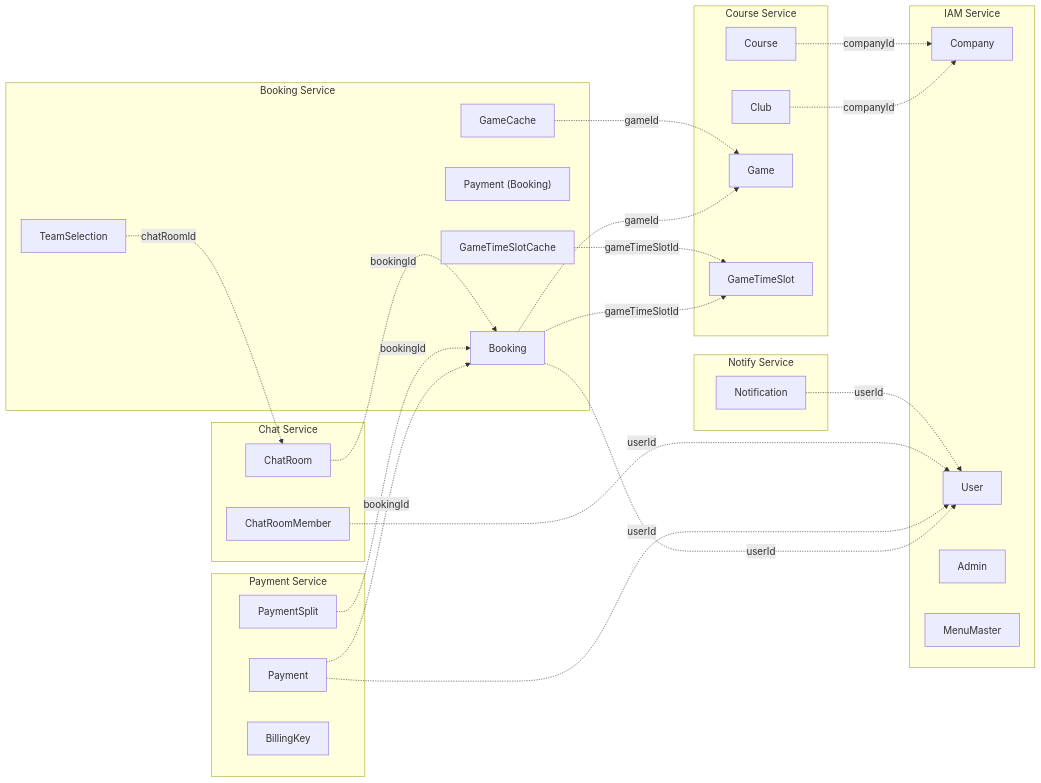
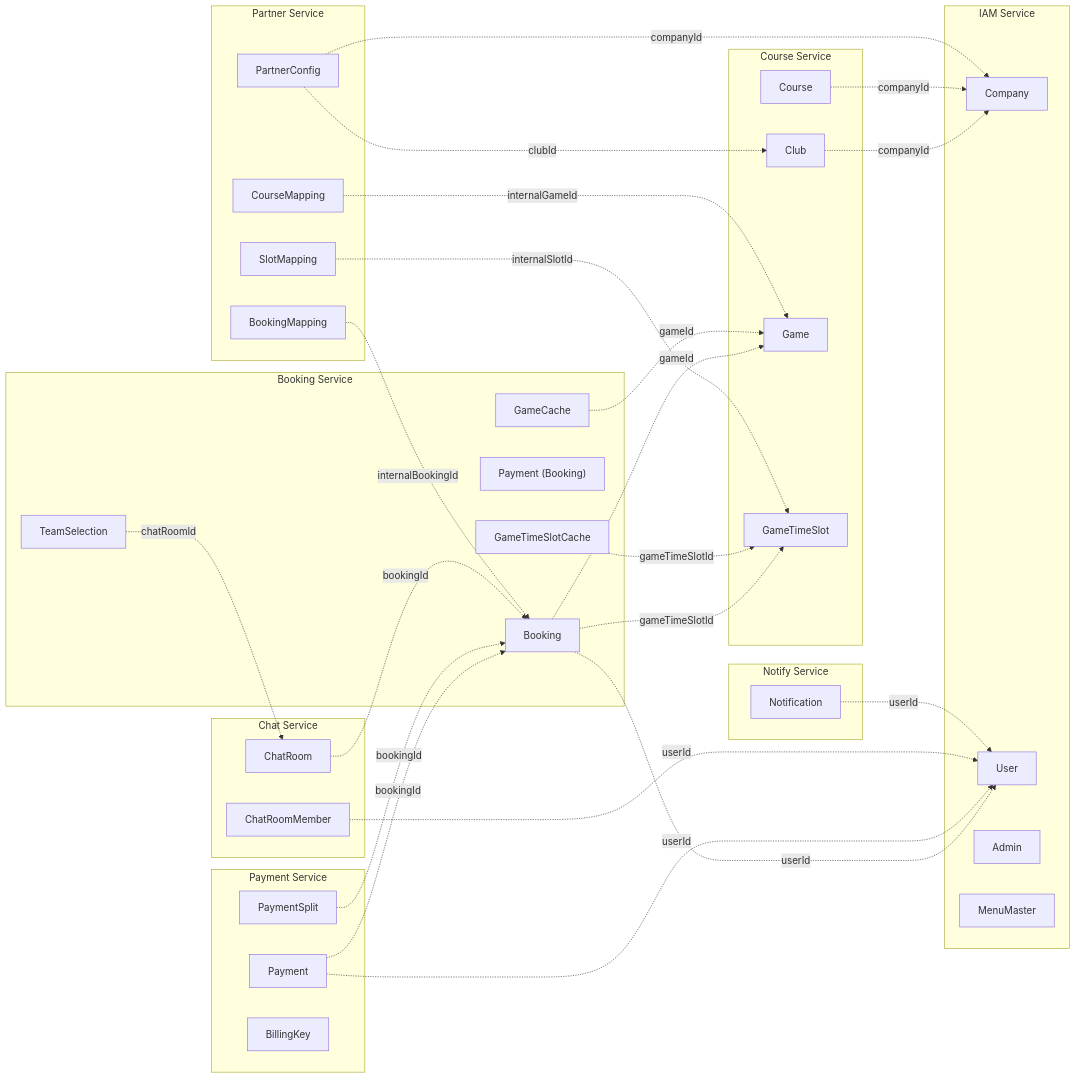
One commit to uniyous/parkgolf-platform changed the first of 35 diagrams in docs/architecture/DATABASE.md. Above: the diagram before and after it, drawn with Mermaid. The commit also changed other lines of this file and 4 other files, not shown here.

First line of the commit message:
docs: 가맹점 분류 체계 및 partner-service 아키텍처 문서 현행화

````diff
--- a/docs/architecture/DATABASE.md
+++ b/docs/architecture/DATABASE.md
@@ -22,54 +23,66 @@
 ```mermaid
 flowchart LR
     subgraph iam["IAM Service"]
         Company
         User
         Admin
         Menu["MenuMaster"]
     end
 
     subgraph course["Course Service"]
         Club
         Course
         Game
         GameTimeSlot
     end
 
     subgraph booking["Booking Service"]
         Booking
         TeamSelection
         BookingPayment["Payment (Booking)"]
         GameCache
         SlotCache["GameTimeSlotCache"]
     end
 
     subgraph payment["Payment Service"]
         Payment
         PaymentSplit
         BillingKey
     end
 
     subgraph chat["Chat Service"]
         ChatRoom
         ChatRoomMember
     end
 
+    subgraph partner["Partner Service"]
+        PartnerConfig
+        CourseMapping_P["CourseMapping"]
+        SlotMapping_P["SlotMapping"]
+        BookingMapping_P["BookingMapping"]
+    end
+
     subgraph notify["Notify Service"]
         Notification
     end
 
     Club -.->|companyId| Company
     Course -.->|companyId| Company
     Booking -.->|userId| User
     Booking -.->|gameTimeSlotId| GameTimeSlot
     Booking -.->|gameId| Game
     TeamSelection -.->|chatRoomId| ChatRoom
     GameCache -.->|gameId| Game
     SlotCache -.->|gameTimeSlotId| GameTimeSlot
     Payment -.->|userId| User
     Payment -.->|bookingId| Booking
     PaymentSplit -.->|bookingId| Booking
     ChatRoom -.->|bookingId| Booking
     ChatRoomMember -.->|userId| User
     Notification -.->|userId| User
+    PartnerConfig -.->|clubId| Club
+    PartnerConfig -.->|companyId| Company
+    CourseMapping_P -.->|internalGameId| Game
+    SlotMapping_P -.->|internalSlotId| GameTimeSlot
+    BookingMapping_P -.->|internalBookingId| Booking
 ```
````
